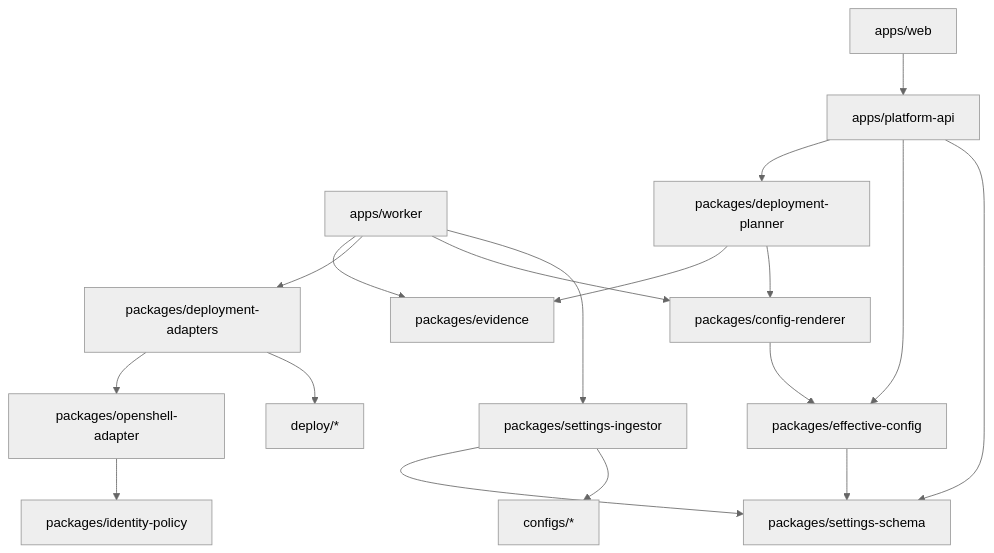
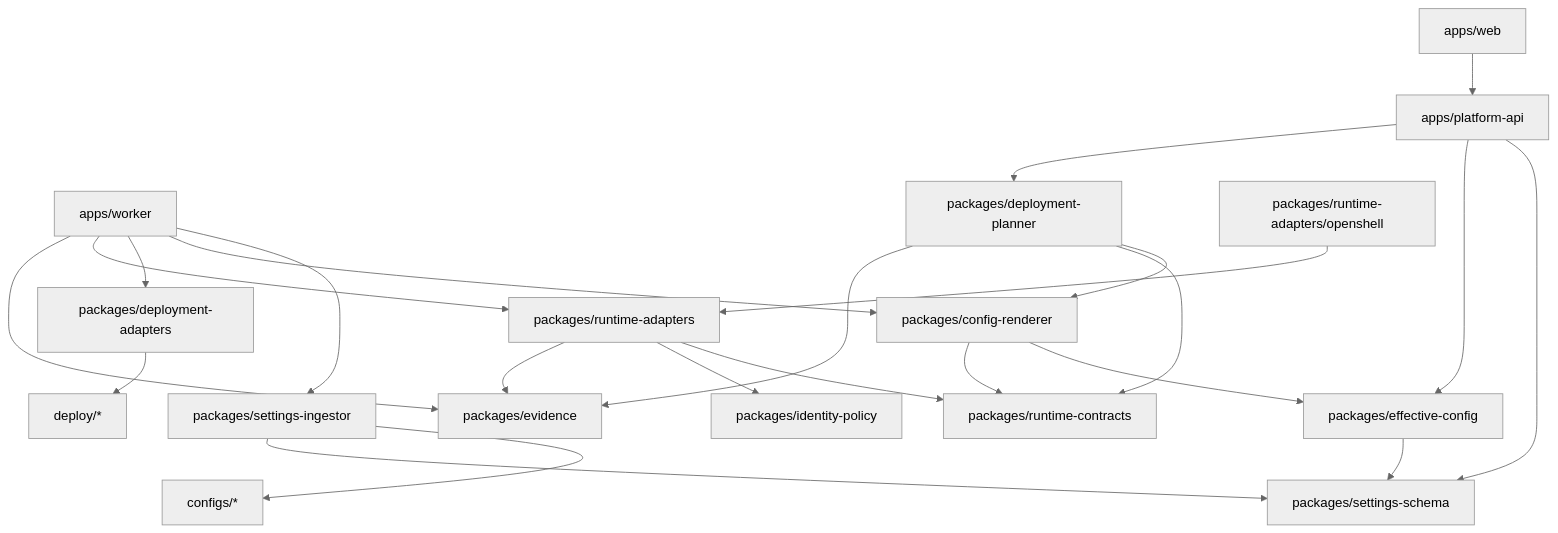
One commit to ColtMercer/the-agentic-network-platform changed the sixth of 7 diagrams in docs/architecture/ui-agent-deployment-framework.md. Above: the diagram before and after it, drawn with Mermaid (neutral theme). The commit also changed other lines of this file and 3 other files, not shown here.

````diff
--- a/docs/architecture/ui-agent-deployment-framework.md
+++ b/docs/architecture/ui-agent-deployment-framework.md
@@ -438,35 +445,42 @@
 ```mermaid
 flowchart TB
     webapp["apps/web"]
     apiapp["apps/platform-api"]
     workerapp["apps/worker"]
     schemas["packages/settings-schema"]
     ingestor["packages/settings-ingestor"]
     effective["packages/effective-config"]
     renderer["packages/config-renderer"]
     planner["packages/deployment-planner"]
-    adapters["packages/deployment-adapters"]
-    openshellpkg["packages/openshell-adapter"]
+    deployadapters["packages/deployment-adapters"]
+    runtimecontracts["packages/runtime-contracts"]
+    runtimeadapters["packages/runtime-adapters"]
+    openshellruntime["packages/runtime-adapters/openshell"]
     identitypkg["packages/identity-policy"]
     evidencepkg["packages/evidence"]
     configrepo["configs/*"]
     deployrepo["deploy/*"]
 
     webapp --> apiapp
     apiapp --> schemas
     apiapp --> effective
     apiapp --> planner
     workerapp --> ingestor
     workerapp --> renderer
-    workerapp --> adapters
+    workerapp --> deployadapters
+    workerapp --> runtimeadapters
     workerapp --> evidencepkg
     ingestor --> configrepo
     ingestor --> schemas
     effective --> schemas
     renderer --> effective
+    renderer --> runtimecontracts
     planner --> renderer
-    adapters --> deployrepo
-    adapters --> openshellpkg
-    openshellpkg --> identitypkg
+    planner --> runtimecontracts
+    deployadapters --> deployrepo
+    runtimeadapters --> runtimecontracts
+    runtimeadapters --> identitypkg
+    runtimeadapters --> evidencepkg
+    openshellruntime --> runtimeadapters
     planner --> evidencepkg
 ```
````
